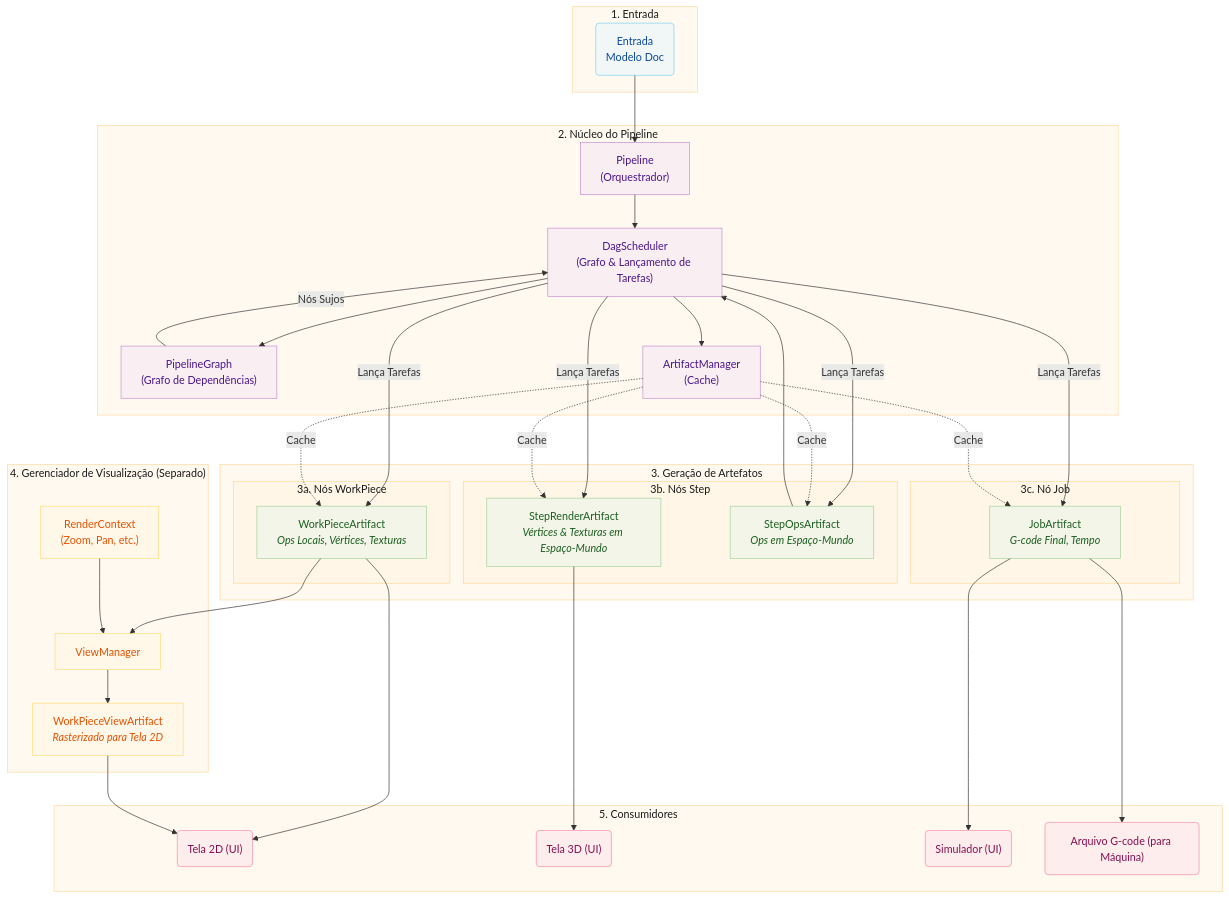
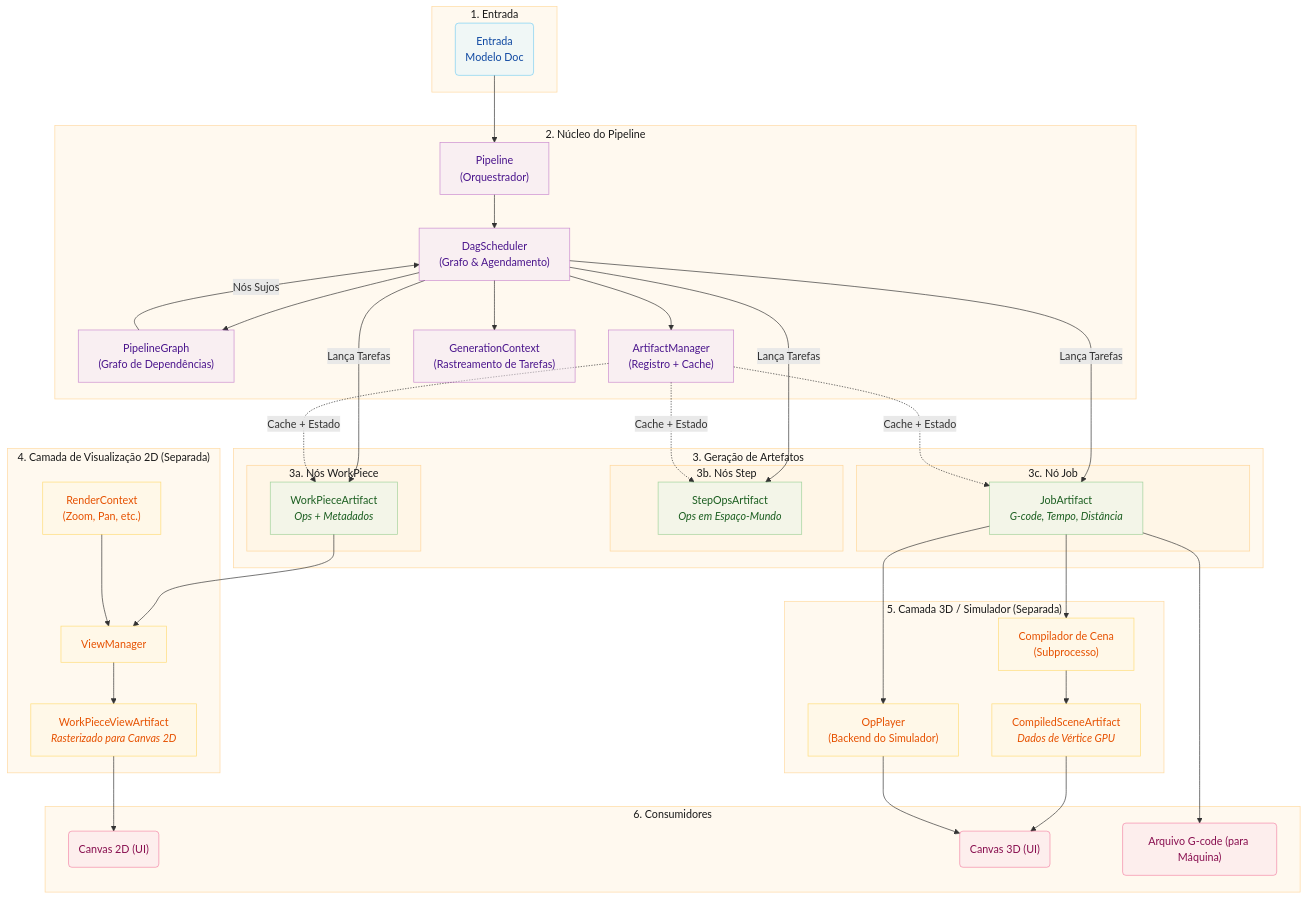
Before and after one commit to yuri-schmaltz/my-rayforge: the diagram in website/i18n/pt-BR/docusaurus-plugin-content-docs/current/developer/pipeline.md, drawn with Mermaid. The commit also changed other lines of this file and 8 other files, not shown here.

````diff
--- a/website/i18n/pt-BR/docusaurus-plugin-content-docs/current/developer/pipeline.md
+++ b/website/i18n/pt-BR/docusaurus-plugin-content-docs/current/developer/pipeline.md
@@ -13,36 +17,41 @@
 
     subgraph PipelineCore["2. Núcleo do Pipeline"]
         Pipeline["Pipeline<br/>(Orquestrador)"]
-        DAG["DagScheduler<br/>(Grafo & Lançamento de Tarefas)"]
+        DAG["DagScheduler<br/>(Grafo & Agendamento)"]
         Graph["PipelineGraph<br/>(Grafo de Dependências)"]
-        AM["ArtifactManager<br/>(Cache)"]
+        AM["ArtifactManager<br/>(Registro + Cache)"]
+        GC["GenerationContext<br/>(Rastreamento de Tarefas)"]
     end
 
     subgraph ArtifactGen["3. Geração de Artefatos"]
         subgraph WorkPieceNodes["3a. Nós WorkPiece"]
-            WP["WorkPieceArtifact<br/><i>Ops Locais, Vértices, Texturas</i>"]
+            WP["WorkPieceArtifact<br/><i>Ops + Metadados</i>"]
         end
 
         subgraph StepNodes["3b. Nós Step"]
-            SR["StepRenderArtifact<br/><i>Vértices & Texturas em Espaço-Mundo</i>"]
             SO["StepOpsArtifact<br/><i>Ops em Espaço-Mundo</i>"]
         end
 
         subgraph JobNode["3c. Nó Job"]
-            JA["JobArtifact<br/><i>G-code Final, Tempo</i>"]
+            JA["JobArtifact<br/><i>G-code, Tempo, Distância</i>"]
         end
     end
 
-    subgraph ViewMgr["4. Gerenciador de Visualização (Separado)"]
+    subgraph View2D["4. Camada de Visualização 2D (Separada)"]
         VM["ViewManager"]
-        VC["RenderContext<br/>(Zoom, Pan, etc.)"]
-        WV["WorkPieceViewArtifact<br/><i>Rasterizado para Tela 2D</i>"]
+        RC["RenderContext<br/>(Zoom, Pan, etc.)"]
+        WV["WorkPieceViewArtifact<br/><i>Rasterizado para Canvas 2D</i>"]
     end
 
-    subgraph Consumers["5. Consumidores"]
-        Vis2D("Tela 2D (UI)")
-        Vis3D("Tela 3D (UI)")
-        Simulator("Simulador (UI)")
+    subgraph View3D["5. Camada 3D / Simulador (Separada)"]
+        SC["Compilador de Cena<br/>(Subprocesso)"]
+        CS["CompiledSceneArtifact<br/><i>Dados de Vértice GPU</i>"]
+        OP["OpPlayer<br/>(Backend do Simulador)"]
+    end
+
+    subgraph Consumers["6. Consumidores"]
+        Vis2D("Canvas 2D (UI)")
+        Vis3D("Canvas 3D (UI)")
         File("Arquivo G-code (para Máquina)")
     end
 
@@ -50,28 +59,29 @@
     Pipeline --> DAG
     DAG --> Graph
     DAG --> AM
+    DAG --> GC
 
     Graph -->|"Nós Sujos"| DAG
     DAG -->|"Lança Tarefas"| WP
-    DAG -->|"Lança Tarefas"| SR
     DAG -->|"Lança Tarefas"| SO
     DAG -->|"Lança Tarefas"| JA
 
-    AM -.->|"Cache"| WP
-    AM -.->|"Cache"| SR
-    AM -.->|"Cache"| SO
-    AM -.->|"Cache"| JA
+    AM -.->|"Cache + Estado"| WP
+    AM -.->|"Cache + Estado"| SO
+    AM -.->|"Cache + Estado"| JA
 
-    WP --> Vis2D
     WP --> VM
-    SR --> Vis3D
-    SO --> DAG
-    JA --> Simulator
+    JA --> SC
+    JA --> OP
     JA --> File
 
-    VC --> VM
+    RC --> VM
     VM --> WV
     WV --> Vis2D
+
+    SC --> CS
+    CS --> Vis3D
+    OP --> Vis3D
 
     classDef clusterBox fill:#fff3e080,stroke:#ffb74d80,stroke-width:1px,color:#1a1a1a
     classDef inputNode fill:#e1f5fe80,stroke:#03a9f480,color:#0d47a1
@@ -79,10 +89,10 @@
     classDef artifactNode fill:#e8f5e980,stroke:#4caf5080,color:#1b5e20
     classDef viewNode fill:#fff8e180,stroke:#ffc10780,color:#e65100
     classDef consumerNode fill:#fce4ec80,stroke:#e91e6380,color:#880e4f
-    class Input,PipelineCore,ArtifactGen,WorkPieceNodes,StepNodes,JobNode,ViewMgr,Consumers clusterBox
+    class Input,PipelineCore,ArtifactGen,WorkPieceNodes,StepNodes,JobNode,View2D,View3D,Consumers clusterBox
     class InputNode inputNode
-    class Pipeline,DAG,Graph,AM coreNode
-    class WP,SR,SO,JA artifactNode
-    class VM,VC,WV viewNode
-    class Vis2D,Vis3D,Simulator,File consumerNode
+    class Pipeline,DAG,Graph,AM,GC coreNode
+    class WP,SO,JA artifactNode
+    class VM,RC,WV,SC,CS,OP viewNode
+    class Vis2D,Vis3D,File consumerNode
 ```
````
